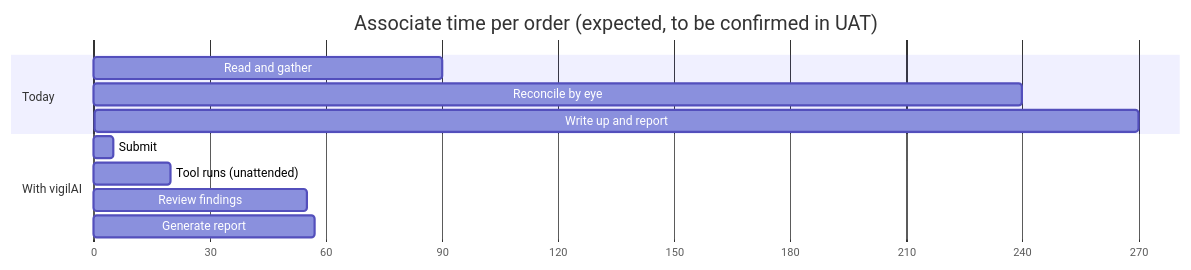
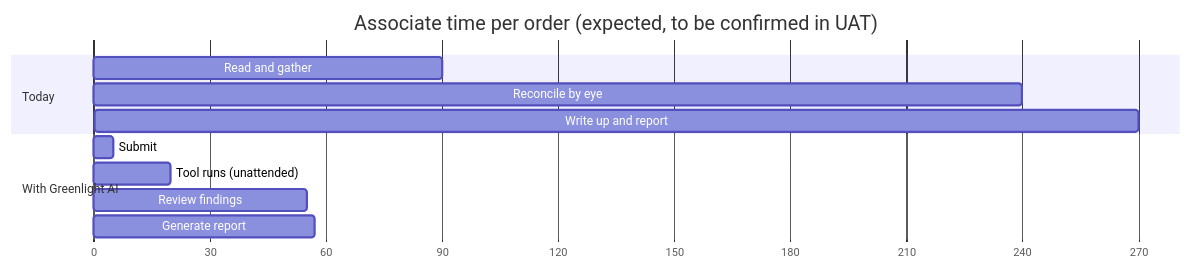
The sixth of 8 diagrams in docs/presentation-brief.md (rjoshig/vigilAI), drawn with Mermaid before and after one commit. The commit also changed other lines of this file and 23 other files, not shown here.

````diff
--- a/docs/presentation-brief.md
+++ b/docs/presentation-brief.md
@@ -197,15 +197,15 @@
 ```mermaid
 gantt
     title Associate time per order (expected, to be confirmed in UAT)
     dateFormat X
     axisFormat %s
     section Today
     Read and gather           :a1, 0, 90
     Reconcile by eye          :a2, 90, 240
     Write up and report       :a3, 240, 270
-    section With vigilAI
+    section With Greenlight AI
     Submit                    :b1, 0, 5
     Tool runs (unattended)    :b2, 5, 20
     Review findings           :b3, 20, 55
     Generate report           :b4, 55, 57
 ```
````
